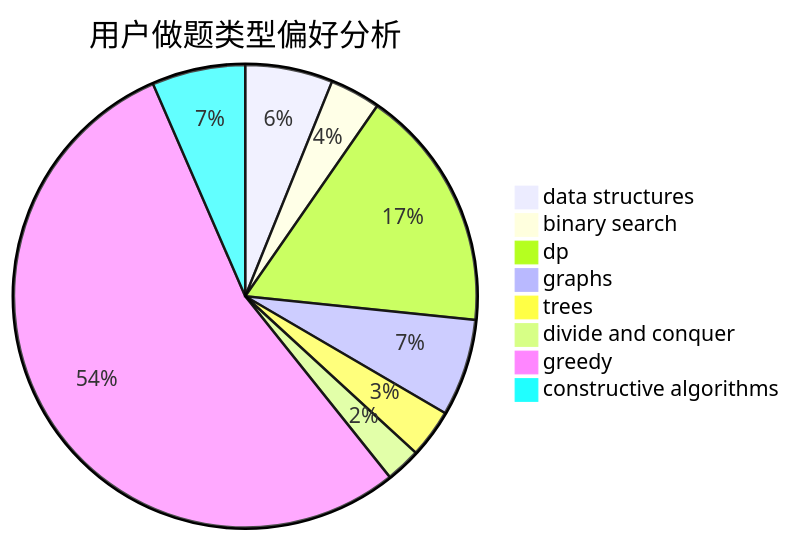
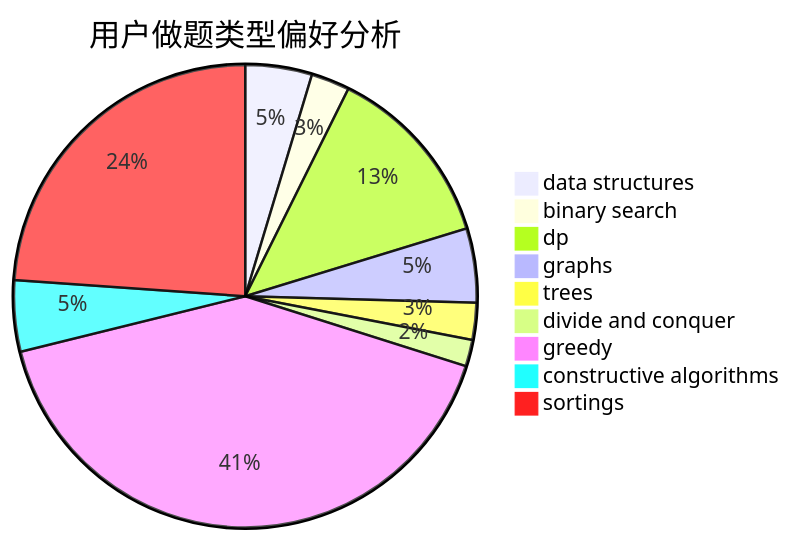
One commit to sherpahu/cfrs.github.io changed the second of 3 diagrams in docs/user/u1703.md. Above: the diagram before and after it, drawn with Mermaid. The commit also changed other lines of this file and 2769 other files, not shown here.

````diff
--- a/docs/user/u1703.md
+++ b/docs/user/u1703.md
@@ -23,11 +18,12 @@
 ```mermaid
 pie title 用户做题类型偏好分析
     "data structures" :  45
     "binary search" :  26
     "dp" :  125
     "graphs" :  50
     "trees" :  25
     "divide and conquer" :  18
     "greedy" :  399
     "constructive algorithms" :  48
+    "sortings" :  231
 ```
````
